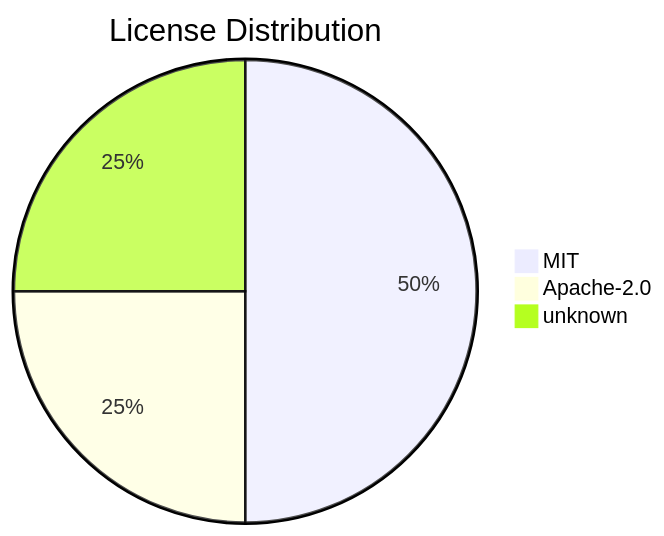
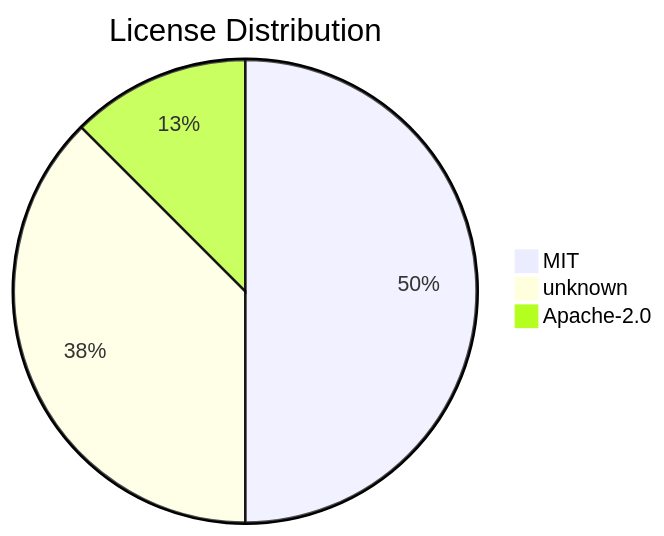
Before and after one commit to svenroth-ai/shipwright: the diagram in .shipwright/compliance/sbom.md, drawn with Mermaid. The commit also changed other lines of this file and 28 other files, not shown here.

````diff
--- a/.shipwright/compliance/sbom.md
+++ b/.shipwright/compliance/sbom.md
@@ -17,6 +17,6 @@
 ```mermaid
 pie title License Distribution
     "MIT" : 4
-    "Apache-2.0" : 2
-    "unknown" : 2
+    "unknown" : 3
+    "Apache-2.0" : 1
 ```
````
